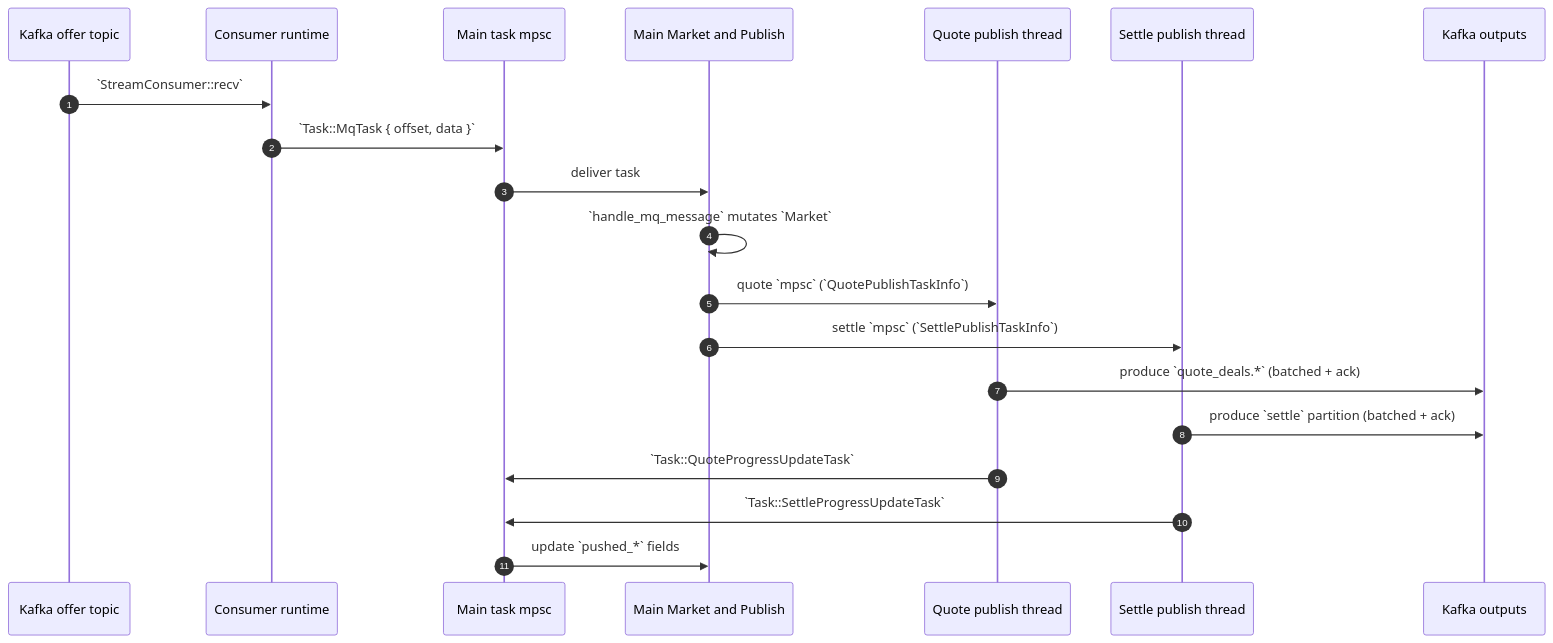
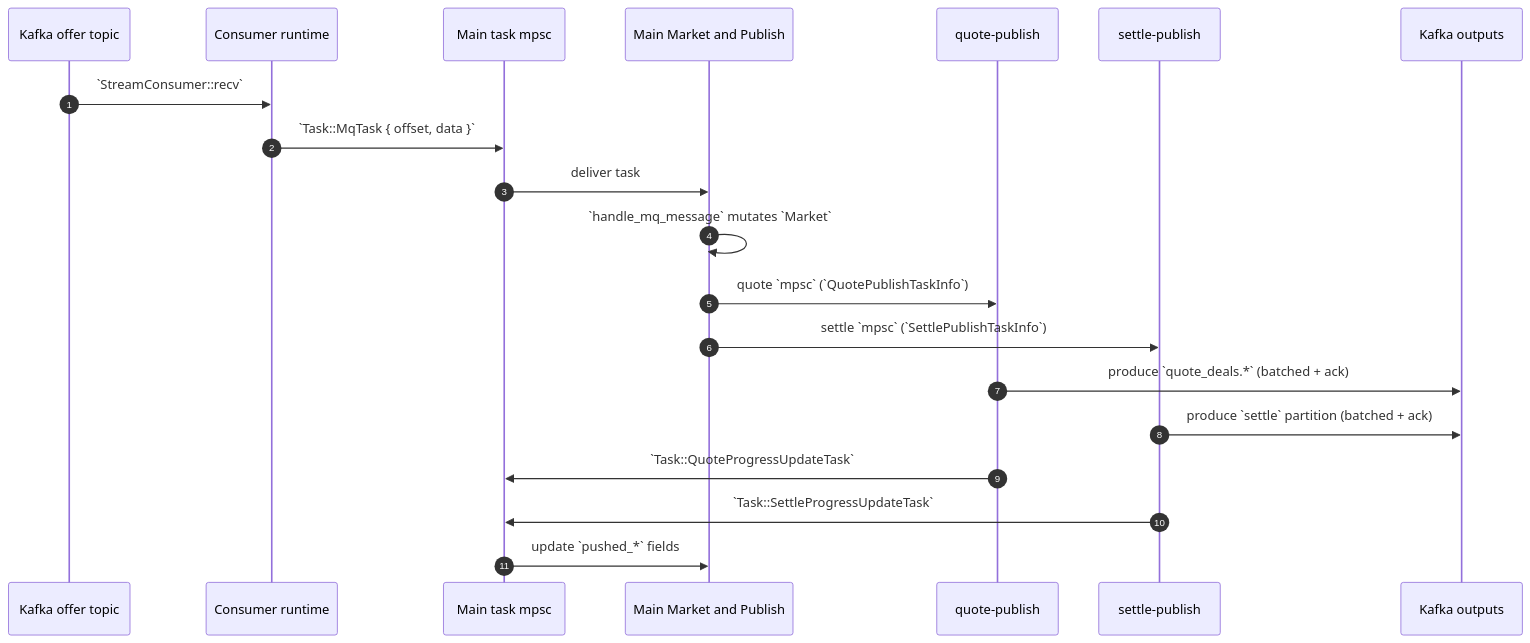
One commit to rqzrqh/matchengine_rust changed the third of 3 diagrams in doc/thread-model.md. Above: the diagram before and after it, drawn with Mermaid. The commit also changed other lines of this file and 4 other files, not shown here.

````diff
--- a/doc/thread-model.md
+++ b/doc/thread-model.md
@@ -141,23 +149,23 @@
 ```mermaid
 sequenceDiagram
   autonumber
   participant K as Kafka offer topic
   participant KC as Consumer runtime
   participant Q as Main task mpsc
   participant M as Main Market and Publish
-  participant TQ as Quote publish thread
-  participant TS as Settle publish thread
+  participant TQ as quote-publish
+  participant TS as settle-publish
   participant Kout as Kafka outputs
 
   K->>KC: `StreamConsumer::recv`
   KC->>Q: `Task::MqTask { offset, data }`
   Q->>M: deliver task
   M->>M: `handle_mq_message` mutates `Market`
   M->>TQ: quote `mpsc` (`QuotePublishTaskInfo`)
   M->>TS: settle `mpsc` (`SettlePublishTaskInfo`)
   TQ->>Kout: produce `quote_deals.*` (batched + ack)
   TS->>Kout: produce `settle` partition (batched + ack)
   TQ->>Q: `Task::QuoteProgressUpdateTask`
   TS->>Q: `Task::SettleProgressUpdateTask`
   Q->>M: update `pushed_*` fields
 ```
````
